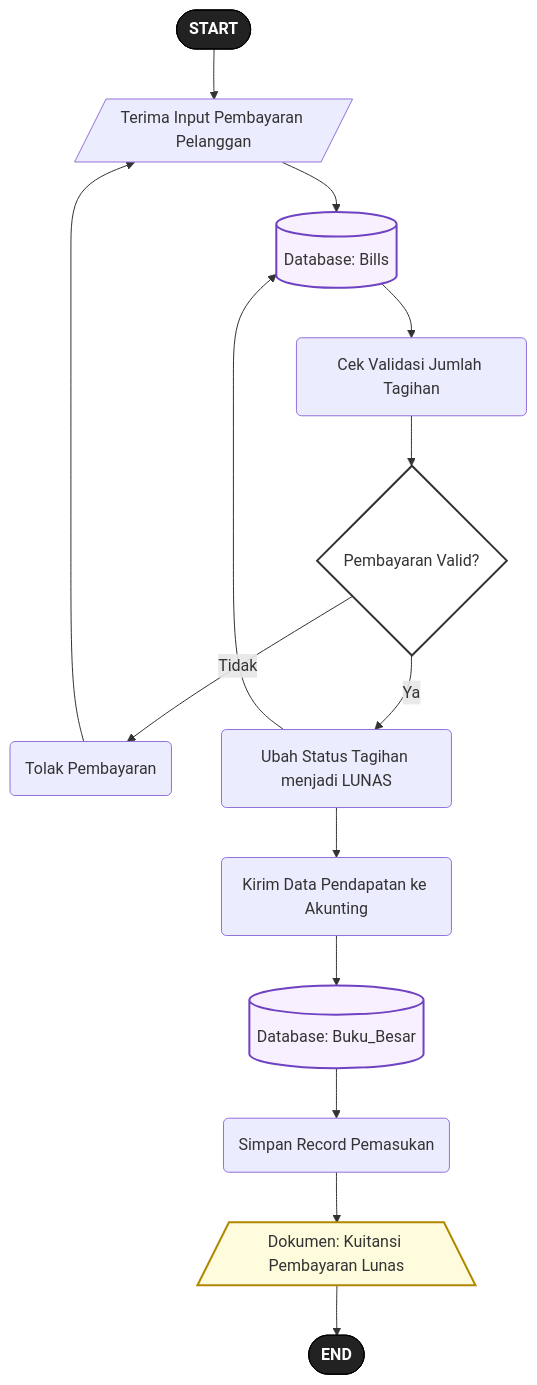
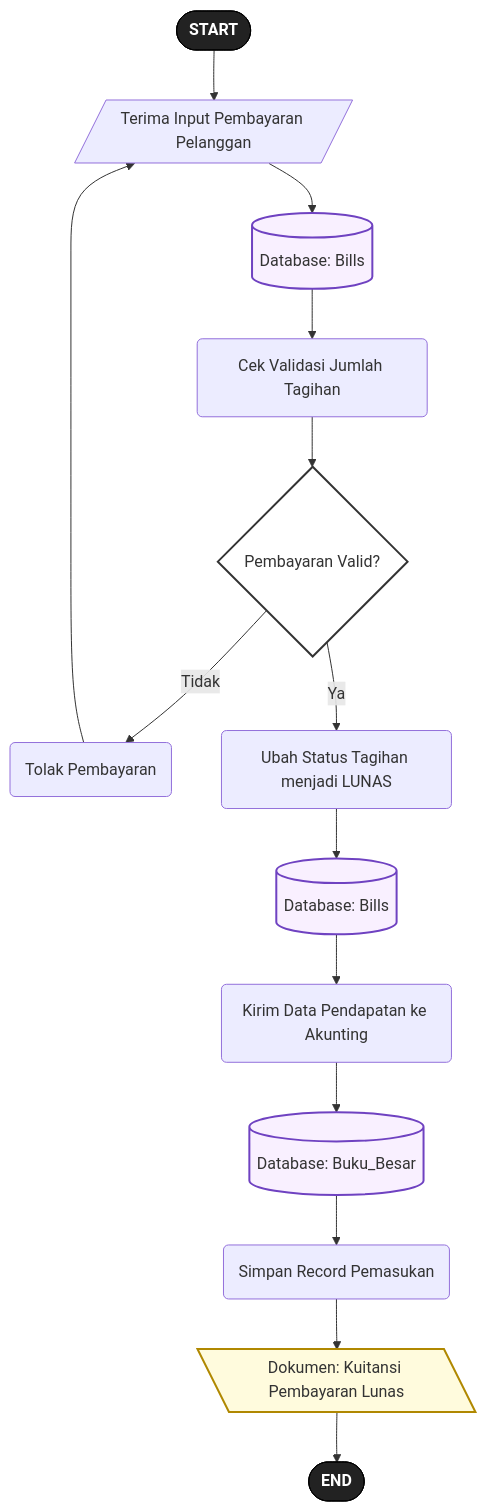
Before and after one commit to mbkmmagang26/PDAM_seruyan: the tenth of 13 diagrams in ANALISIS_PERANCANGAN_SISTEM.md, drawn with Mermaid. The commit also changed other lines of this file, not shown here.

````diff
--- a/ANALISIS_PERANCANGAN_SISTEM.md
+++ b/ANALISIS_PERANCANGAN_SISTEM.md
@@ -283,23 +288,24 @@
 ```mermaid
 flowchart TD
     S_START([START]) --> A[/Terima Input Pembayaran Pelanggan/]
     A --> DB1[(Database: Bills)]
     DB1 --> B(Cek Validasi Jumlah Tagihan)
     B --> C{Pembayaran Valid?}
     C -- Tidak --> D(Tolak Pembayaran)
     D --> A
     C -- Ya --> E(Ubah Status Tagihan menjadi LUNAS)
-    E --> DB1
-    E --> F(Kirim Data Pendapatan ke Akunting)
+    E --> DB1_UPDATE[(Database: Bills)]
+    DB1_UPDATE --> F(Kirim Data Pendapatan ke Akunting)
     F --> DB2[(Database: Buku_Besar)]
     DB2 --> G(Simpan Record Pemasukan)
-    G --> H[/"Dokumen: Kuitansi Pembayaran Lunas"\]
+    G --> H[\"Dokumen: Kuitansi Pembayaran Lunas"\]
     H --> S_END([END])
 
     style S_START fill:#222,stroke:#000,color:#fff,font-weight:bold
     style S_END fill:#222,stroke:#000,color:#fff,font-weight:bold
     style C fill:#fff,stroke:#333,stroke-width:2px
     style DB1 fill:#f9f0ff,stroke:#6f42c1,stroke-width:2px
+    style DB1_UPDATE fill:#f9f0ff,stroke:#6f42c1,stroke-width:2px
     style DB2 fill:#f9f0ff,stroke:#6f42c1,stroke-width:2px
     style H fill:#fffbdd,stroke:#b08800,stroke-width:2px
 ```
````
